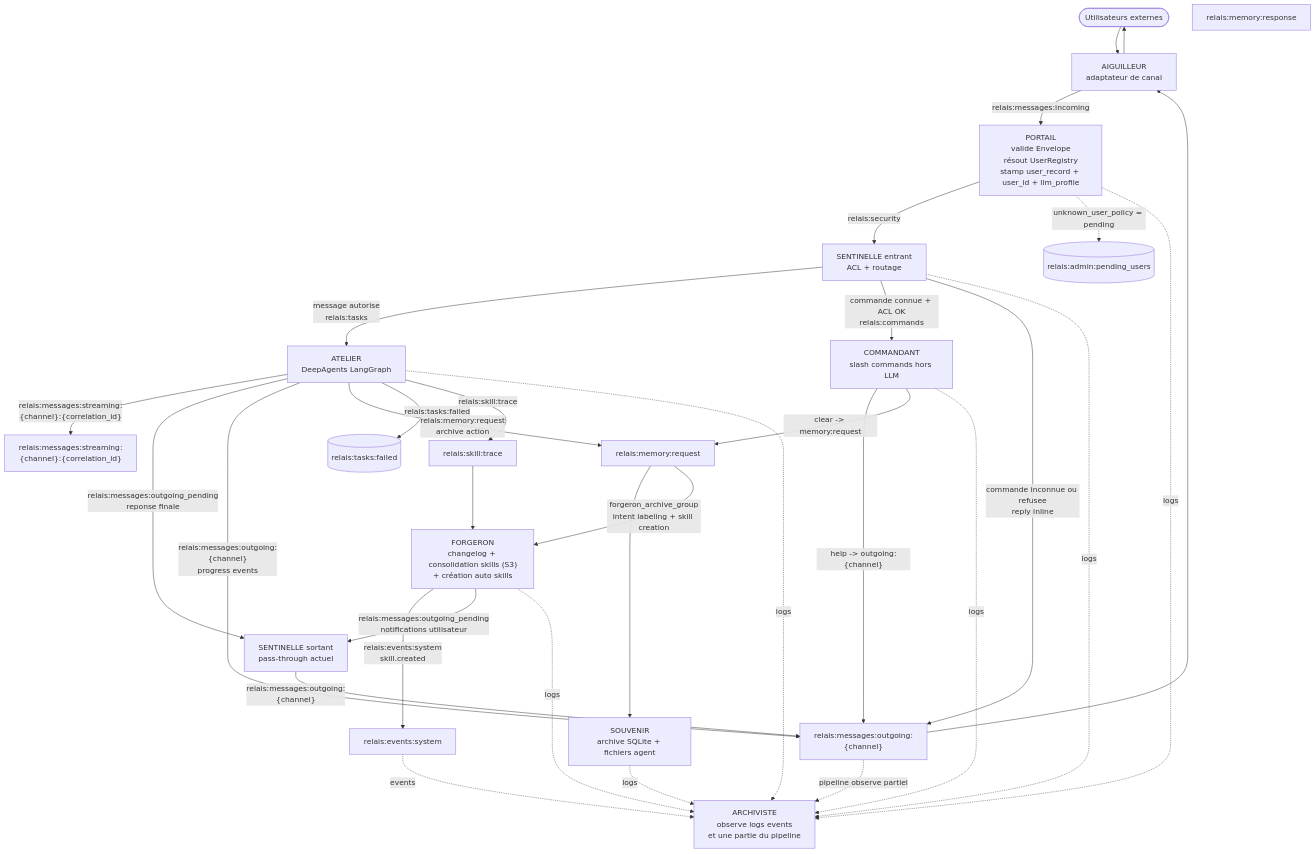
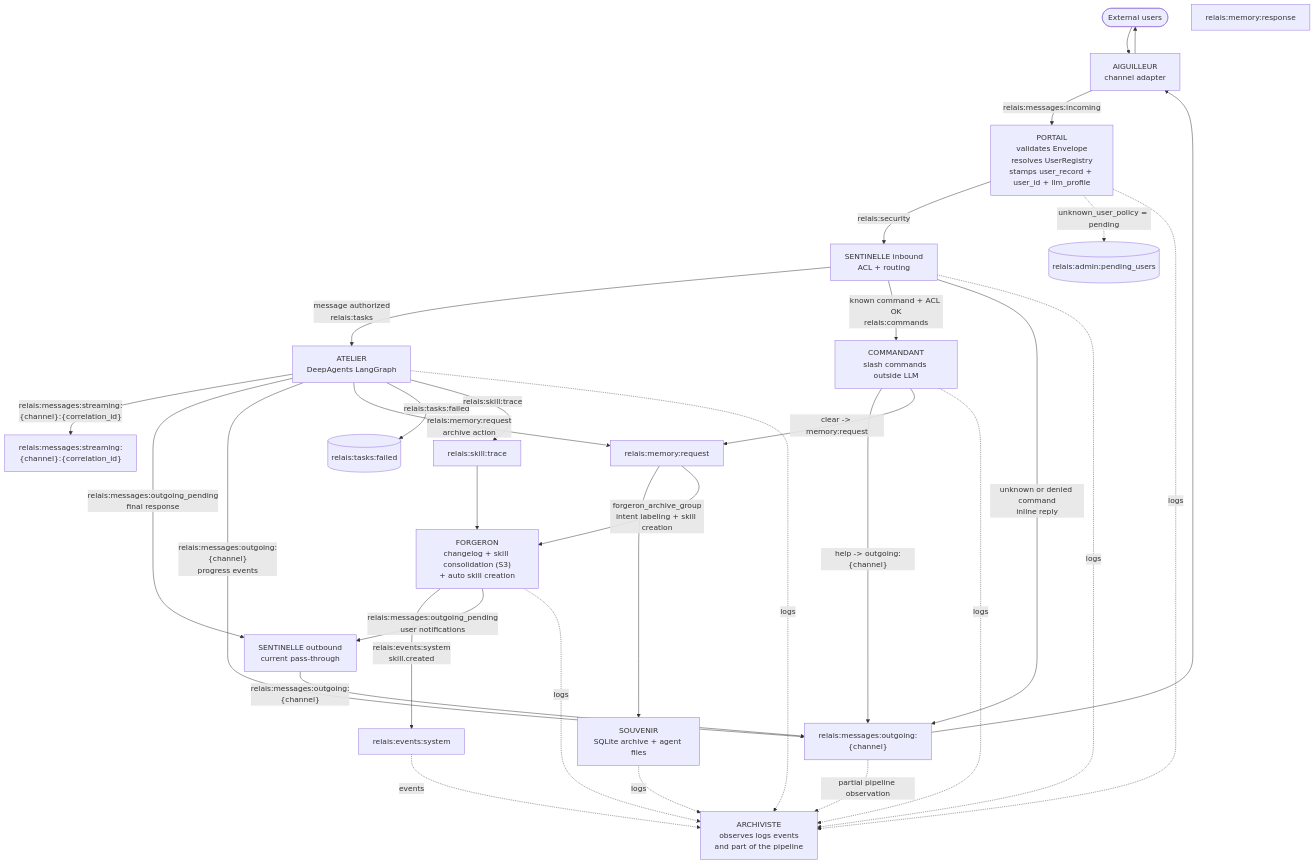
One commit to cyberbobjr/relais changed the diagram in README.md. Above: the diagram before and after it, drawn with Mermaid. The commit also changed other lines of this file and 28 other files, not shown here.

````diff
--- a/README.md
+++ b/README.md
@@ -38,60 +63,60 @@
 ```mermaid
 flowchart TD
-    USERS([Utilisateurs externes])
-  AIG["AIGUILLEUR<br/>adaptateur de canal"]
-  PORTAIL["PORTAIL<br/>valide Envelope<br/>résout UserRegistry<br/>stamp user_record + user_id + llm_profile"]
+    USERS([External users])
+  AIG["AIGUILLEUR<br/>channel adapter"]
+  PORTAIL["PORTAIL<br/>validates Envelope<br/>resolves UserRegistry<br/>stamps user_record + user_id + llm_profile"]
     PENDING[(relais:admin:pending_users)]
-  SENT_IN["SENTINELLE entrant<br/>ACL + routage"]
+  SENT_IN["SENTINELLE inbound<br/>ACL + routing"]
   ATELIER["ATELIER<br/>DeepAgents LangGraph"]
-  COMMANDANT["COMMANDANT<br/>slash commands hors LLM"]
-  SOUVENIR["SOUVENIR<br/>archive SQLite + fichiers agent"]
-  SENT_OUT["SENTINELLE sortant<br/>pass-through actuel"]
+  COMMANDANT["COMMANDANT<br/>slash commands outside LLM"]
+  SOUVENIR["SOUVENIR<br/>SQLite archive + agent files"]
+  SENT_OUT["SENTINELLE outbound<br/>current pass-through"]
     OUT["relais:messages:outgoing:{channel}"]
     STREAM["relais:messages:streaming:{channel}:{correlation_id}"]
     MEM_REQ[relais:memory:request]
     MEM_RES[relais:memory:response]
     DLQ[(relais:tasks:failed)]
-    ARCHIVISTE["ARCHIVISTE<br/>observe logs events<br/>et une partie du pipeline"]
-    FORGERON["FORGERON<br/>changelog + consolidation skills (S3)<br/>+ création auto skills"]
+    ARCHIVISTE["ARCHIVISTE<br/>observes logs events<br/>and part of the pipeline"]
+    FORGERON["FORGERON<br/>changelog + skill consolidation (S3)<br/>+ auto skill creation"]
     SKILL_TRACE[relais:skill:trace]
     EVENTS_SYS[relais:events:system]
 
     USERS --> AIG
     AIG -->|"relais:messages:incoming"| PORTAIL
 
     PORTAIL -->|"relais:security"| SENT_IN
     PORTAIL -.->|"unknown_user_policy = pending"| PENDING
 
-    SENT_IN -->|"message autorise<br/>relais:tasks"| ATELIER
-    SENT_IN -->|"commande connue + ACL OK<br/>relais:commands"| COMMANDANT
-    SENT_IN -->|"commande inconnue ou refusee<br/>reply inline"| OUT
+    SENT_IN -->|"message authorized<br/>relais:tasks"| ATELIER
+    SENT_IN -->|"known command + ACL OK<br/>relais:commands"| COMMANDANT
+    SENT_IN -->|"unknown or denied command<br/>inline reply"| OUT
 
     ATELIER -->|"relais:messages:streaming:{channel}:{correlation_id}"| STREAM
-    ATELIER -->|"relais:messages:outgoing_pending<br/>reponse finale"| SENT_OUT
+    ATELIER -->|"relais:messages:outgoing_pending<br/>final response"| SENT_OUT
     ATELIER -->|"relais:messages:outgoing:{channel}<br/>progress events"| OUT
     ATELIER -->|"relais:memory:request<br/>archive action"| MEM_REQ
     ATELIER -->|"relais:tasks:failed"| DLQ
 
     COMMANDANT -->|"help -> outgoing:{channel}"| OUT
     COMMANDANT -->|"clear -> memory:request"| MEM_REQ
     MEM_REQ --> SOUVENIR
 
     SENT_OUT -->|"relais:messages:outgoing:{channel}"| OUT
     OUT --> AIG
     AIG --> USERS
 
     ATELIER -->|"relais:skill:trace"| SKILL_TRACE
     SKILL_TRACE --> FORGERON
     MEM_REQ -->|"forgeron_archive_group<br/>intent labeling + skill creation"| FORGERON
     FORGERON -->|"relais:events:system<br/>skill.created"| EVENTS_SYS
-    FORGERON -->|"relais:messages:outgoing_pending<br/>notifications utilisateur"| SENT_OUT
+    FORGERON -->|"relais:messages:outgoing_pending<br/>user notifications"| SENT_OUT
 
     PORTAIL -. logs .-> ARCHIVISTE
     SENT_IN -. logs .-> ARCHIVISTE
     ATELIER -. logs .-> ARCHIVISTE
     COMMANDANT -. logs .-> ARCHIVISTE
     SOUVENIR -. logs .-> ARCHIVISTE
     FORGERON -. logs .-> ARCHIVISTE
-    OUT -. pipeline observe partiel .-> ARCHIVISTE
+    OUT -. partial pipeline observation .-> ARCHIVISTE
     EVENTS_SYS -. events .-> ARCHIVISTE
 ```
````
